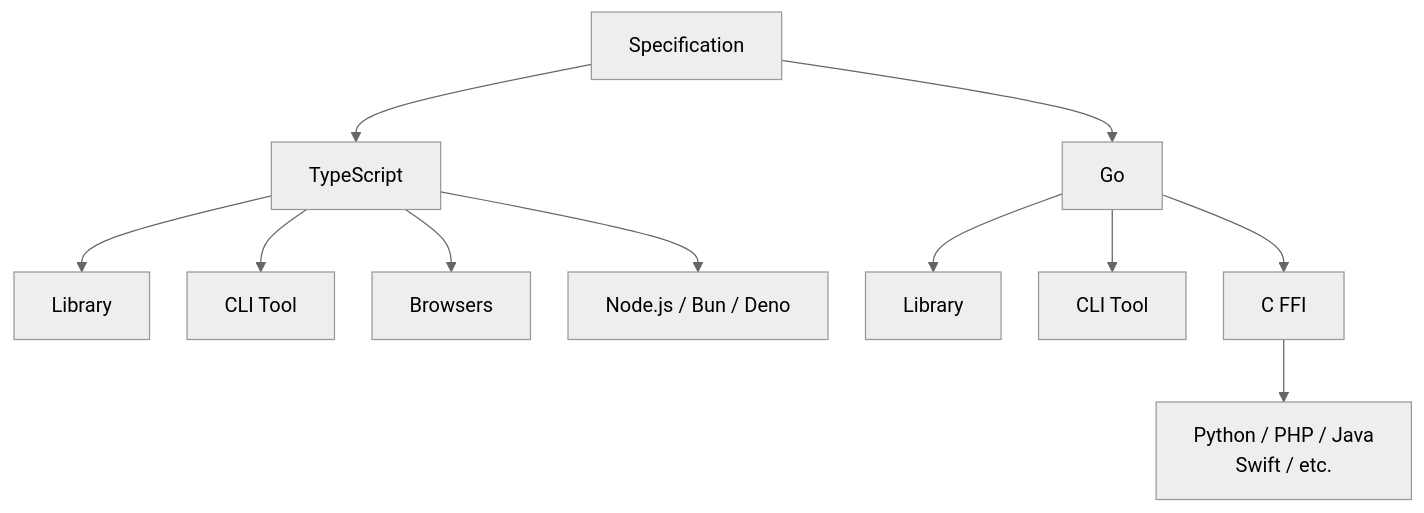
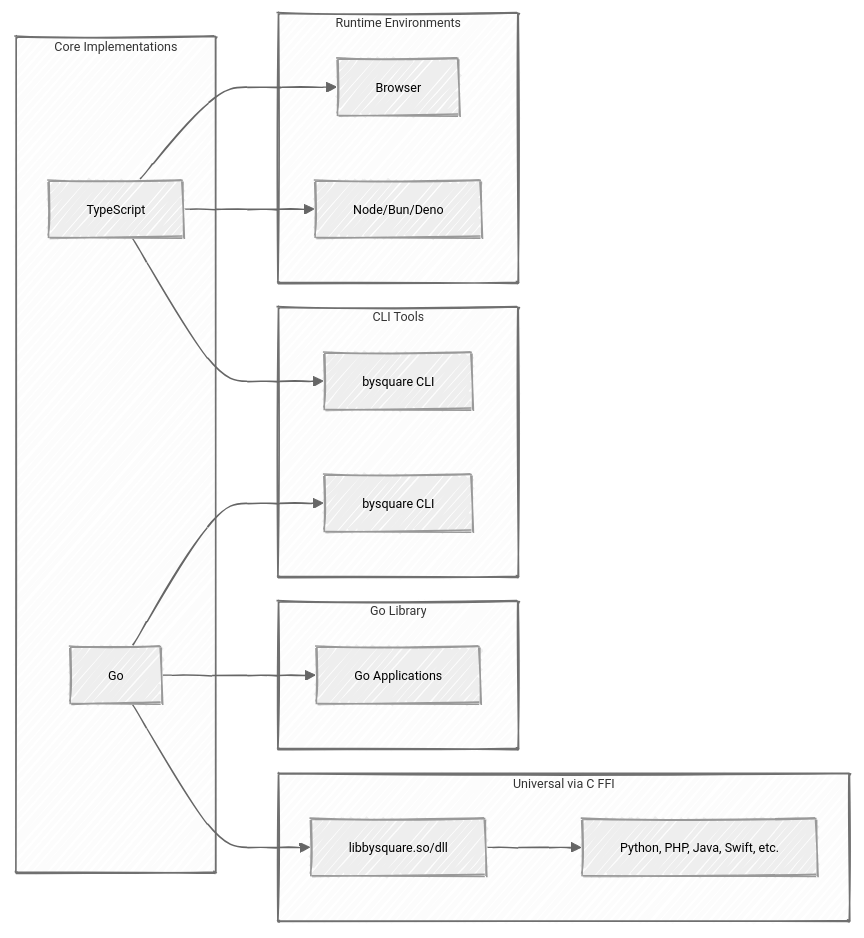
One commit to xseman/bysquare changed the diagram in README.md. Above: the diagram before and after it, drawn with Mermaid. The commit also changed 8 other files, not shown here.

Commit message:
docs: update flowchart & examples

````diff
--- a/README.md
+++ b/README.md
@@ -31,17 +31,35 @@
 ```mermaid
-%%{init: {'theme': 'neutral', 'flowchart': {'nodeSpacing': 30, 'rankSpacing': 50}} }%%
-graph TD
-    A[Specification] --> B[TypeScript]
-    A --> C[Go]
+---
+config:
+  theme: neutral
+  look: handDrawn
+  themeVariables:
+    fontFamily: monospace
+    fontSize: "10px"
+---
 
-    B --> D[Library]
-    B --> E[CLI Tool]
-    B --> F[Browsers]
-    B --> G[Node.js / Bun / Deno]
+flowchart LR
+    subgraph Core["Core Implementations"]
+        TS[TypeScript]
+        GO[Go]
+    end
 
-    C --> H[Library]
-    C --> I[CLI Tool]
-    C --> J[C FFI]
+    subgraph Runtime["Runtime Environments"]
+        TS --> Browser
+        TS --> Node/Bun/Deno
+    end
 
-    J --> K[Python / PHP / Java<br/>Swift / etc.]
+    subgraph Tools["CLI Tools"]
+        TS --> TS_CLI[bysquare CLI]
+        GO --> GO_CLI[bysquare CLI]
+    end
+
+    subgraph Native["Go Library"]
+        GO --> GO_LIB[Go Applications]
+    end
+
+    subgraph FFI["Universal via C FFI"]
+        GO --> CFFI[libbysquare.so/dll]
+        CFFI --> ANY[Python, PHP, Java, Swift, etc.]
+    end
 ```
````
